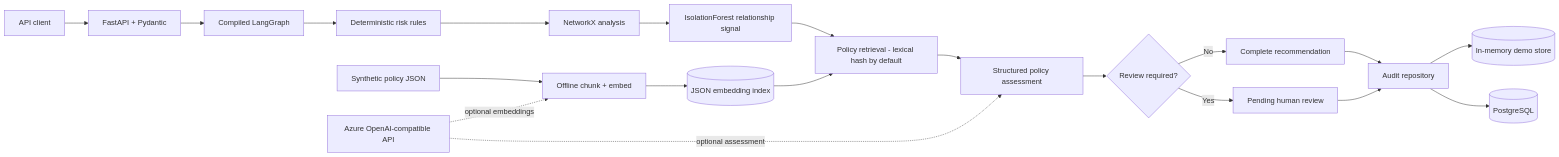
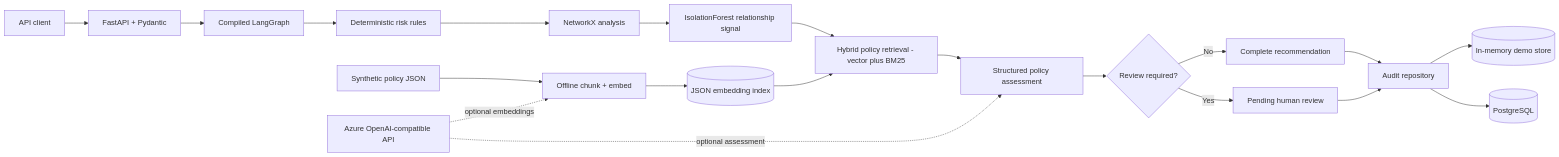
The diagram in README.md (joffie89/agentic-fincrime-investigation), drawn with Mermaid before and after one commit. The commit also changed other lines of this file and 9 other files, not shown here.

Commit message:
Add BM25 and hybrid retrieval with reciprocal rank fusion

````diff
--- a/README.md
+++ b/README.md
@@ -35,22 +35,22 @@
 ```mermaid
 flowchart LR
     Client[API client] --> API[FastAPI + Pydantic]
     API --> LG[Compiled LangGraph]
     LG --> Risk[Deterministic risk rules]
     Risk --> Graph[NetworkX analysis]
     Graph --> Anomaly[IsolationForest relationship signal]
-    Anomaly --> Retrieve[Policy retrieval - lexical hash by default]
+    Anomaly --> Retrieve[Hybrid policy retrieval - vector plus BM25]
     Retrieve --> Assess[Structured policy assessment]
     Assess --> Route{Review required?}
     Route -->|No| Complete[Complete recommendation]
     Route -->|Yes| Human[Pending human review]
     Complete --> Audit[Audit repository]
     Human --> Audit
     Audit --> Memory[(In-memory demo store)]
     Audit --> Postgres[(PostgreSQL)]
     Policies[Synthetic policy JSON] --> Ingest[Offline chunk + embed]
     Ingest --> Index[(JSON embedding index)]
     Index --> Retrieve
     Azure[Azure OpenAI-compatible API] -. optional assessment .-> Assess
     Azure -. optional embeddings .-> Ingest
 ```
````
